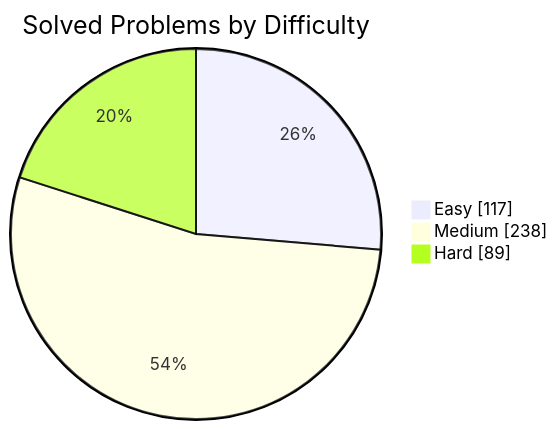
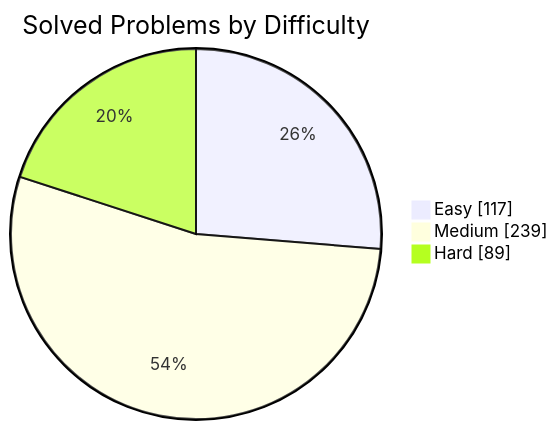
The first of 2 diagrams in README.md (manikantbindass/DSA-Preparation-FAANG), drawn with Mermaid before and after one commit. The commit also changed other lines of this file and 1 other file, not shown here.

````diff
--- a/README.md
+++ b/README.md
@@ -77,7 +77,7 @@
 ```mermaid
 pie showData
     title Solved Problems by Difficulty
     "Easy" : 117
-    "Medium" : 238
+    "Medium" : 239
     "Hard" : 89
 ```
````
